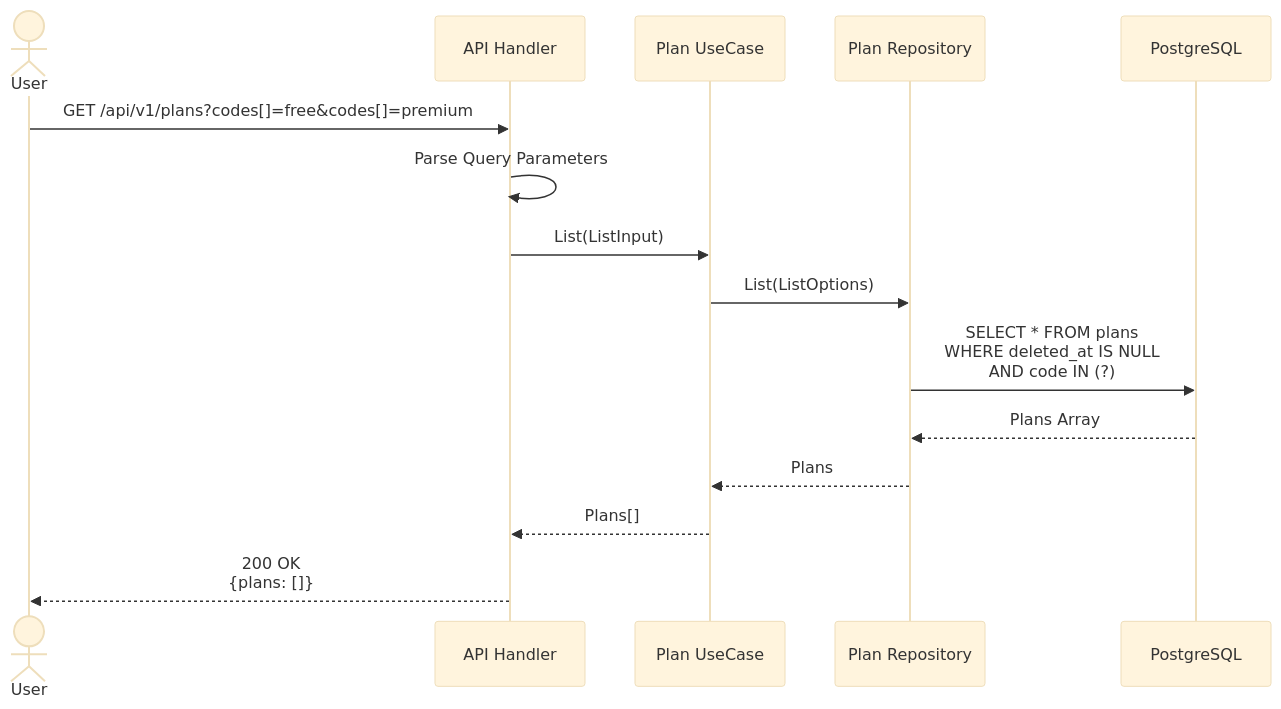
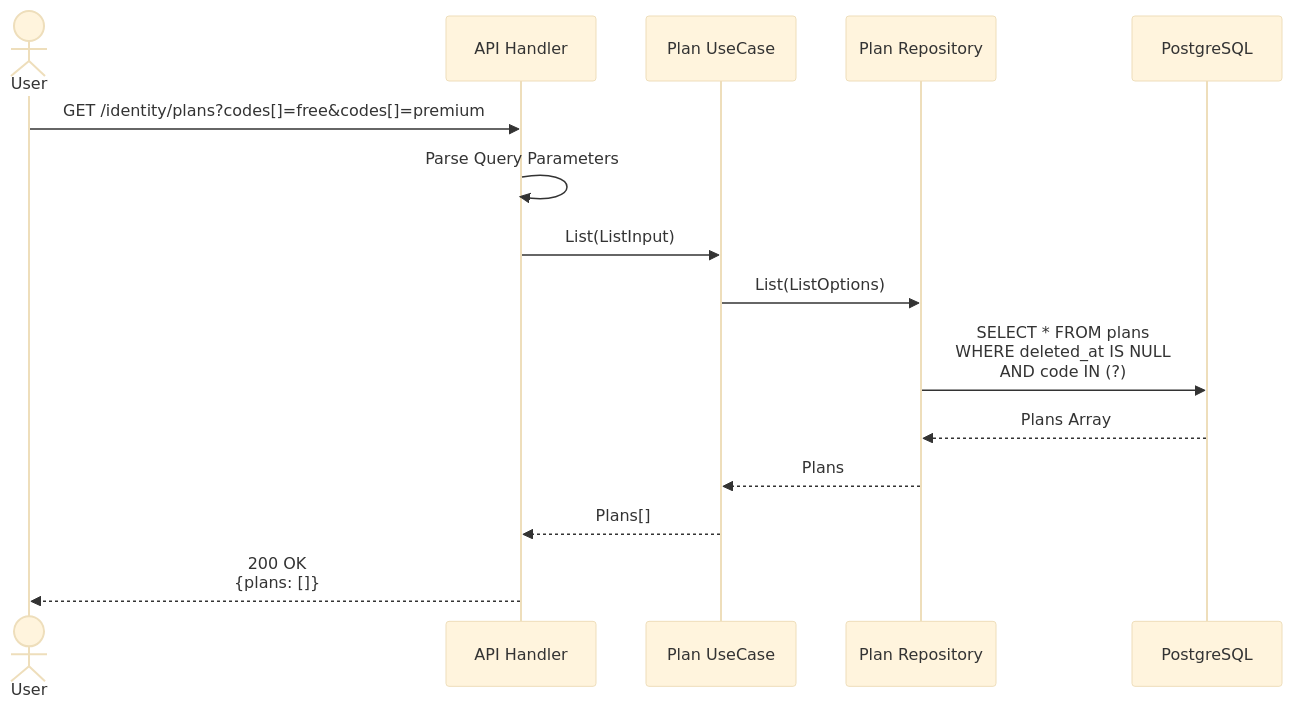
Before and after one commit to smap-hcmut/identity-srv: the seventh of 12 diagrams in identity/document/api_01_sequence_diagrams.md, drawn with Mermaid (base theme). The commit also changed other lines of this file and 37 other files, not shown here.

Commit message:
feat(identity): refactor API endpoints to use /identity base path; update documentation and handlers for authentication, plans, and subscriptions; implement role-based access control with user roles and password management features

````diff
--- a/identity/document/api_01_sequence_diagrams.md
+++ b/identity/document/api_01_sequence_diagrams.md
@@ -378,19 +378,19 @@
 ```mermaid
 sequenceDiagram
     actor User
     participant API as API Handler
     participant PlanUC as Plan UseCase
     participant PlanRepo as Plan Repository
     participant DB as PostgreSQL
 
-    User->>API: GET /api/v1/plans?codes[]=free&codes[]=premium
+    User->>API: GET /identity/plans?codes[]=free&codes[]=premium
     API->>API: Parse Query Parameters
     API->>PlanUC: List(ListInput)
     
     PlanUC->>PlanRepo: List(ListOptions)
     PlanRepo->>DB: SELECT * FROM plans<br/>WHERE deleted_at IS NULL<br/>AND code IN (?)
     DB-->>PlanRepo: Plans Array
     PlanRepo-->>PlanUC: Plans
     PlanUC-->>API: Plans[]
     API-->>User: 200 OK<br/>{plans: []}
 ```
````
